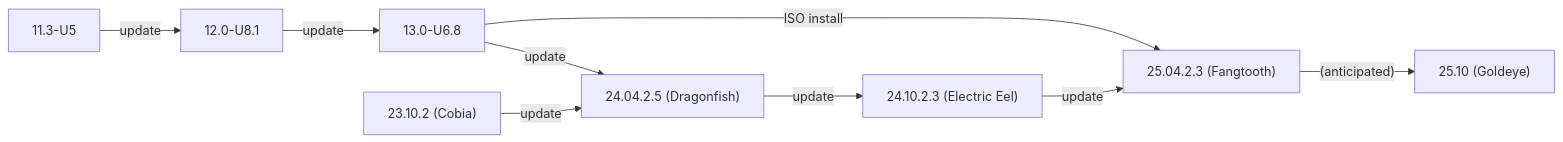
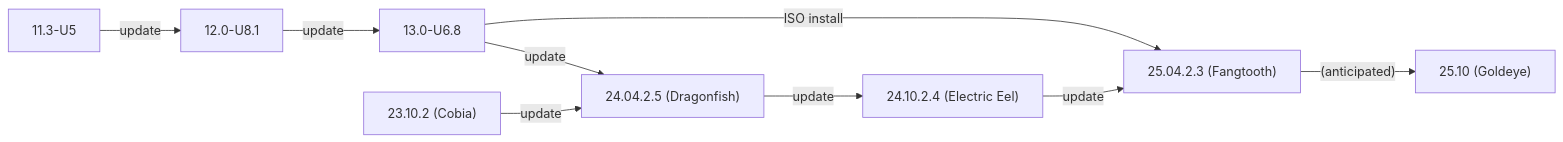
The second of 2 diagrams in static/includes/SCALEUpgradePaths.md (truenas/documentation), drawn with Mermaid before and after one commit. The commit also changed other lines of this file, not shown here.

```diff
--- a/static/includes/SCALEUpgradePaths.md
+++ b/static/includes/SCALEUpgradePaths.md
@@ -239,12 +239,12 @@
             {{< mermaid class="mermaid_sizing" >}}
             flowchart LR
               A["11.3-U5"] -->|update| B
               B["12.0-U8.1"] -->|update| C
               C["13.0-U6.8"] -->|ISO install| G
               C -->|update| E
               D["23.10.2 (Cobia)"] -->|update| E
               E["24.04.2.5 (Dragonfish)"]  -->|update| F
-              F["24.10.2.3 (Electric Eel)"] -->|update| G
+              F["24.10.2.4 (Electric Eel)"] -->|update| G
               G["25.04.2.3 (Fangtooth)"] -->|"(anticipated)"| H
             H["25.10 (Goldeye)"]
             {{< /mermaid >}}
```
